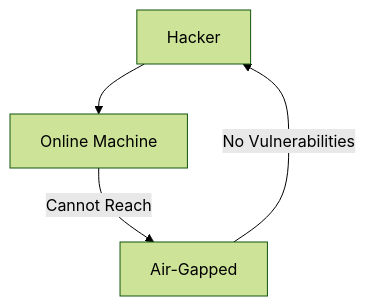
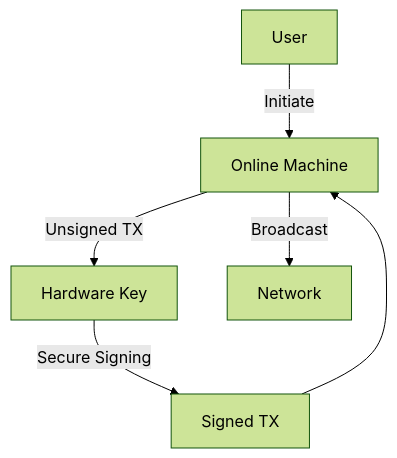
Before and after one commit to samouraiworld/peerdev: the second of 2 diagrams in gno-tutorials/short-tutorials/10-airgap-tx/slides.md, drawn with Mermaid (forest theme). The commit also changed other lines of this file, not shown here.

Commit message:
feat(short-10): hardware key

````diff
--- a/gno-tutorials/short-tutorials/10-airgap-tx/slides.md
+++ b/gno-tutorials/short-tutorials/10-airgap-tx/slides.md
@@ -182,6 +64,8 @@
 ```mermaid
 graph TD
-    H[Hacker] --> O[Online Machine]
-    O -->|Cannot Reach| F[Air-Gapped]
-    F -->|No Vulnerabilities| H
+    U[User] -->|Initiate| O[Online Machine]
+    O -->|Unsigned TX| H[Hardware Key]
+    H -->|Secure Signing| S[Signed TX]
+    S --> O
+    O -->|Broadcast| N[Network]
 ```
````
